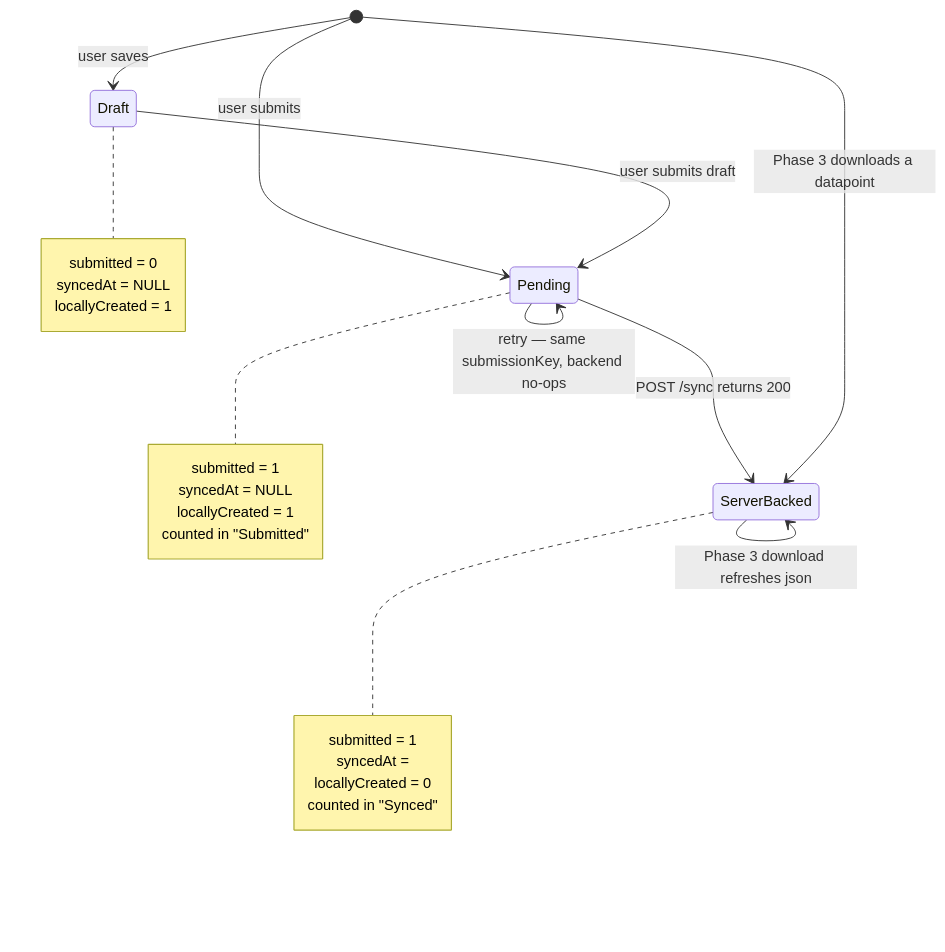
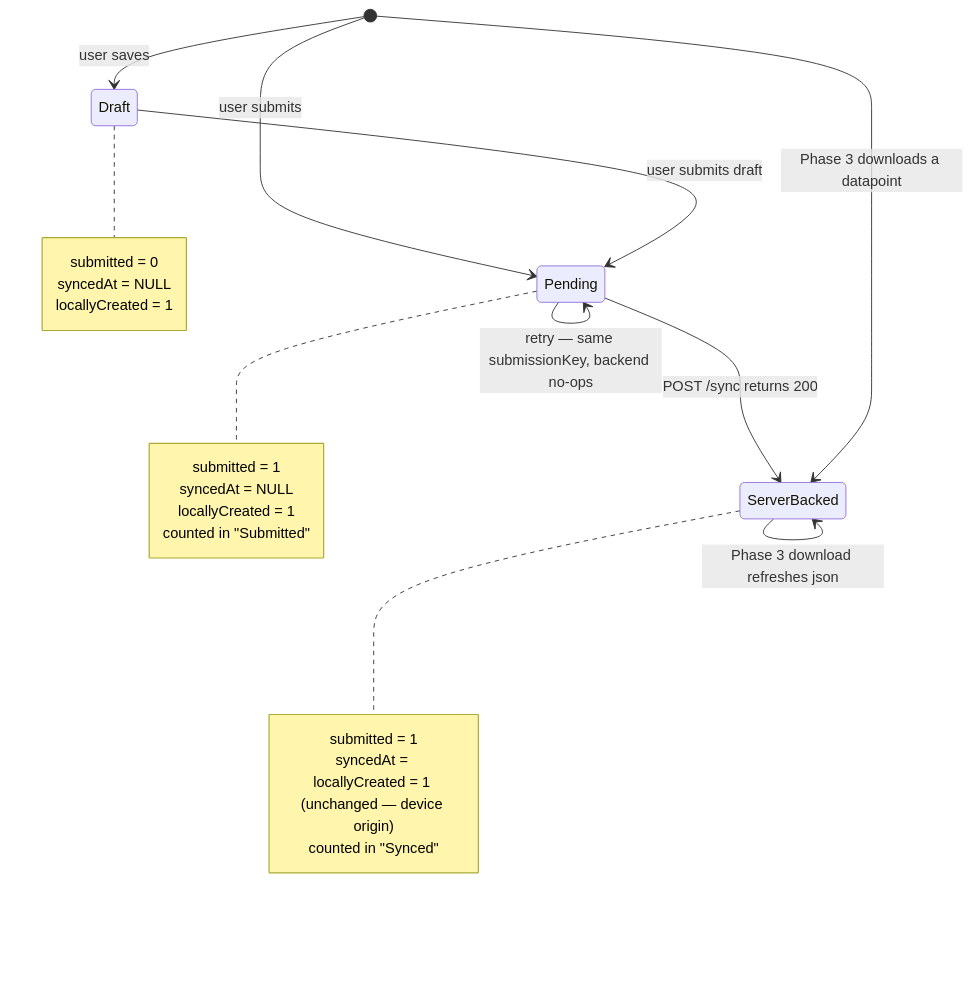
The first of 3 diagrams in doc/design/APP-255-submitted-datapoint-lifecycle.md (akvo/akvo-mis), drawn with Mermaid before and after one commit. The commit also changed other lines of this file and 5 other files, not shown here.

````diff
--- a/doc/design/APP-255-submitted-datapoint-lifecycle.md
+++ b/doc/design/APP-255-submitted-datapoint-lifecycle.md
@@ -109,30 +111,30 @@
 ```mermaid
 stateDiagram-v2
     [*] --> Draft: user saves
     [*] --> Pending: user submits
     Draft --> Pending: user submits draft
     Pending --> ServerBacked: POST /sync returns 200
     Pending --> Pending: retry — same submissionKey, backend no-ops
     ServerBacked --> ServerBacked: Phase 3 download refreshes json
     [*] --> ServerBacked: Phase 3 downloads a datapoint
 
     note right of Draft
         submitted = 0
         syncedAt = NULL
         locallyCreated = 1
     end note
 
     note right of Pending
         submitted = 1
         syncedAt = NULL
         locallyCreated = 1
         counted in "Submitted"
     end note
 
     note right of ServerBacked
         submitted = 1
         syncedAt = <timestamp>
-        locallyCreated = 0
+        locallyCreated = 1 (unchanged — device origin)
         counted in "Synced"
     end note
 ```
````
